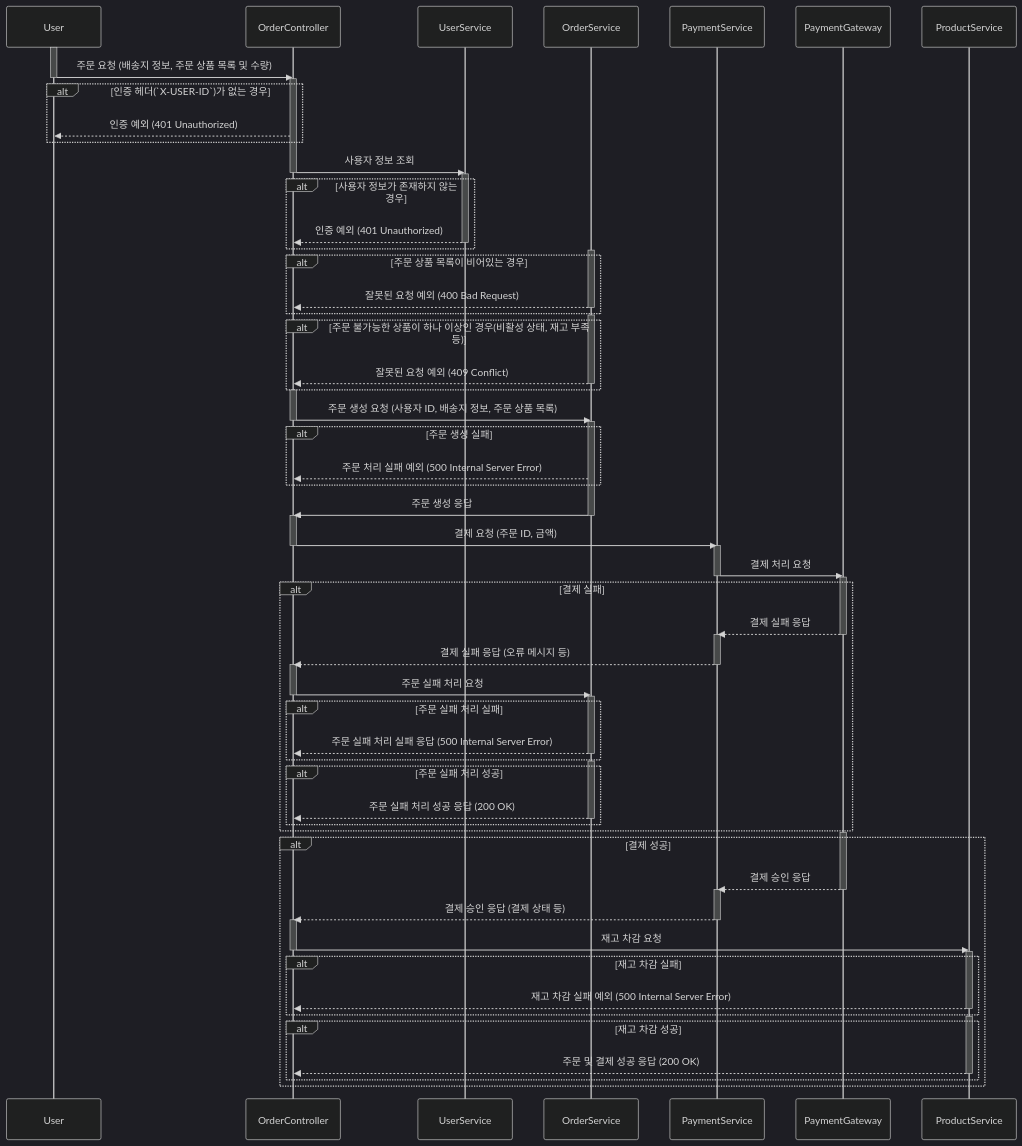
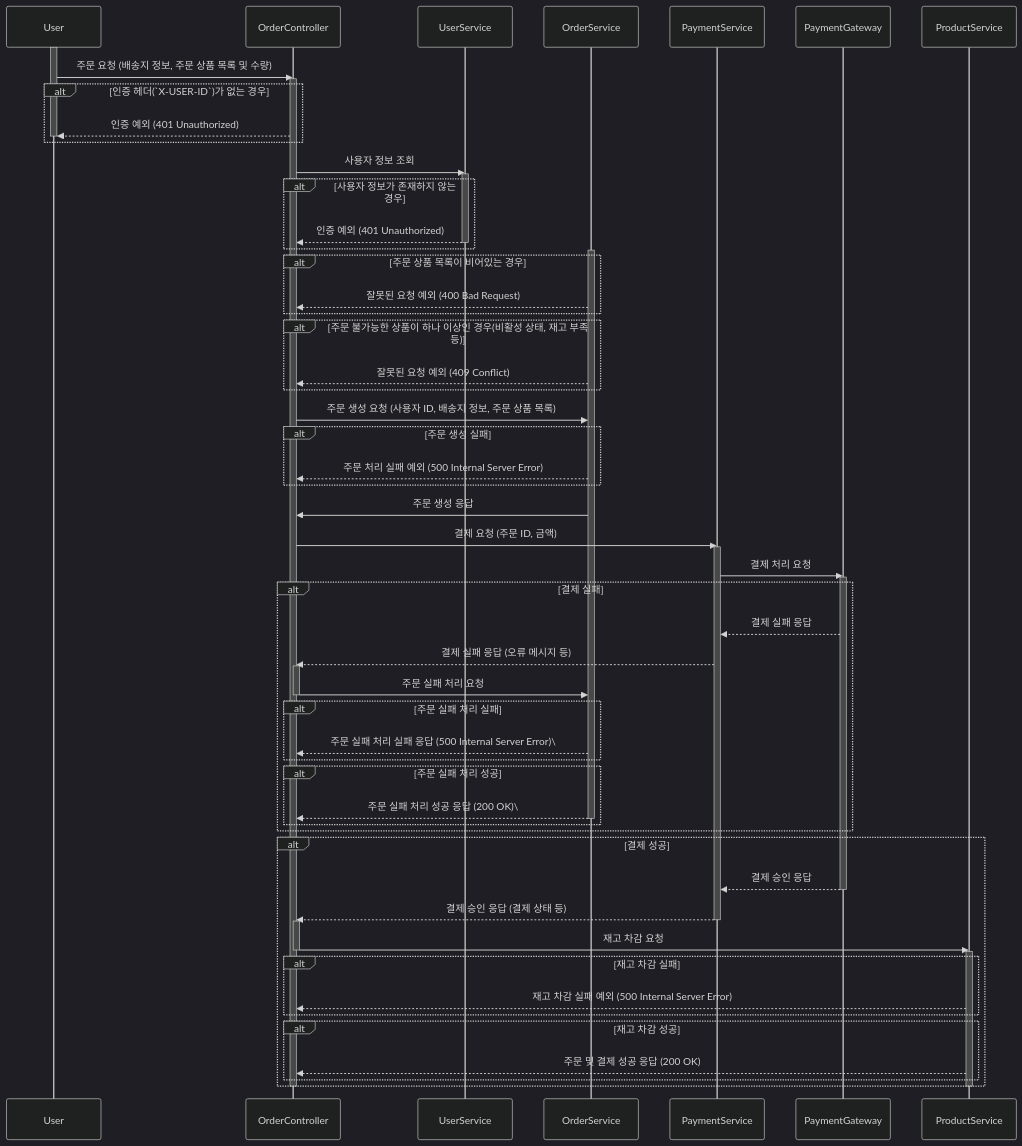
Before and after one commit to kiekk/gamsung-commerce: the diagram in docs/design/02-sequence-diagrams/order_payment_v1.md, drawn with Mermaid (dark theme). The commit also changed 5 other files, not shown here.

First line of the commit message:
docs: 시퀀스 다이어그램 수정 (2주차 피드백 반영)

````diff
--- a/docs/design/02-sequence-diagrams/order_payment_v1.md
+++ b/docs/design/02-sequence-diagrams/order_payment_v1.md
@@ -21,13 +21,12 @@
     participant PaymentGateway
     activate User
     User ->> OrderController: 주문 요청 (배송지 정보, 주문 상품 목록 및 수량)
-    deactivate User
     activate OrderController
     alt 인증 헤더(`X-USER-ID`)가 없는 경우
         OrderController -->> User: 인증 예외 (401 Unauthorized)
+        deactivate User
     end
     OrderController ->> UserService: 사용자 정보 조회
-    deactivate OrderController
     activate UserService
     alt 사용자 정보가 존재하지 않는 경우
         UserService -->> OrderController: 인증 예외 (401 Unauthorized)
@@ -36,54 +35,36 @@
     activate OrderService
     alt 주문 상품 목록이 비어있는 경우
         OrderService -->> OrderController: 잘못된 요청 예외 (400 Bad Request)
-        deactivate OrderService
     end
-    activate OrderService
     alt 주문 불가능한 상품이 하나 이상인 경우(비활성 상태, 재고 부족 등)
         OrderService -->> OrderController: 잘못된 요청 예외 (409 Conflict)
-        deactivate OrderService
     end
-    activate OrderController
     OrderController ->> OrderService: 주문 생성 요청 (사용자 ID, 배송지 정보, 주문 상품 목록)
-    deactivate OrderController
-    activate OrderService
     alt 주문 생성 실패
         OrderService -->> OrderController: 주문 처리 실패 예외 (500 Internal Server Error)
     end
     OrderService ->> OrderController: 주문 생성 응답
-    deactivate OrderService
-    activate OrderController
     OrderController ->> PaymentService: 결제 요청 (주문 ID, 금액)
-    deactivate OrderController
     activate PaymentService
     PaymentService ->> PaymentGateway: 결제 처리 요청
-    deactivate PaymentService
     activate PaymentGateway
     alt 결제 실패
         PaymentGateway -->> PaymentService: 결제 실패 응답
-        deactivate PaymentGateway
-        activate PaymentService
         PaymentService -->> OrderController: 결제 실패 응답 (오류 메시지 등)
-        deactivate PaymentService
         activate OrderController
         OrderController ->> OrderService: 주문 실패 처리 요청
         deactivate OrderController
-        activate OrderService
         alt 주문 실패 처리 실패
-            OrderService -->> OrderController: 주문 실패 처리 실패 응답 (500 Internal Server Error)
-            deactivate OrderService
+            OrderService -->> OrderController: 주문 실패 처리 실패 응답 (500 Internal Server Error)\
         end
-        activate OrderService
         alt 주문 실패 처리 성공
-            OrderService -->> OrderController: 주문 실패 처리 성공 응답 (200 OK)
+            OrderService -->> OrderController: 주문 실패 처리 성공 응답 (200 OK)\
             deactivate OrderService
         end
     end
-    activate PaymentGateway
     alt 결제 성공
         PaymentGateway -->> PaymentService: 결제 승인 응답
         deactivate PaymentGateway
-        activate PaymentService
         PaymentService -->> OrderController: 결제 승인 응답 (결제 상태 등)
         deactivate PaymentService
         activate OrderController
@@ -92,12 +73,11 @@
         activate ProductService
         alt 재고 차감 실패
             ProductService -->> OrderController: 재고 차감 실패 예외 (500 Internal Server Error)
-            deactivate ProductService
         end
-        activate ProductService
         alt 재고 차감 성공
             ProductService -->> OrderController: 주문 및 결제 성공 응답 (200 OK)
-            deactivate ProductService
         end
     end
+    deactivate ProductService
+    deactivate OrderController
 ```
````
